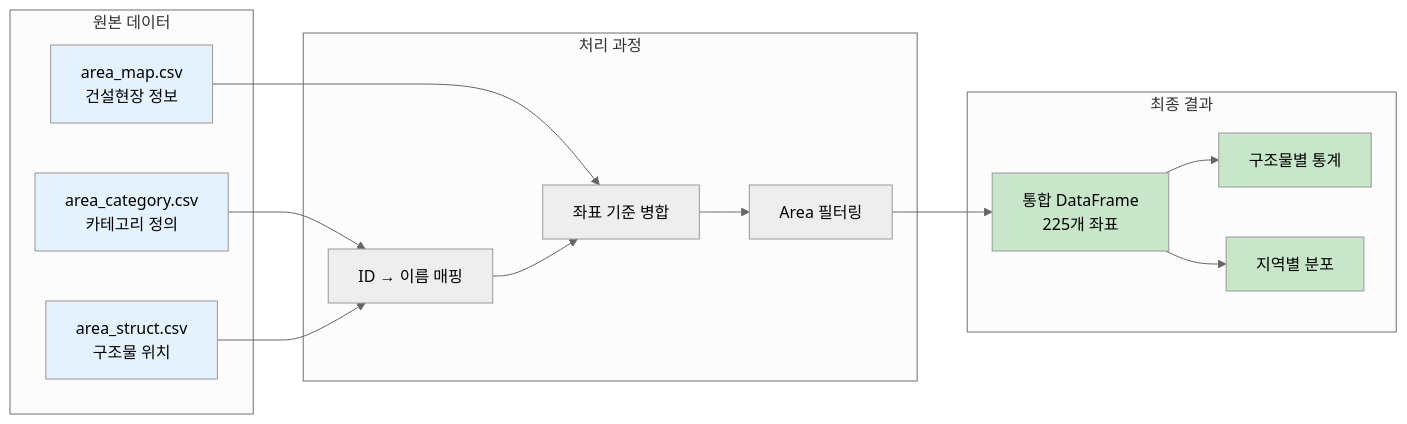
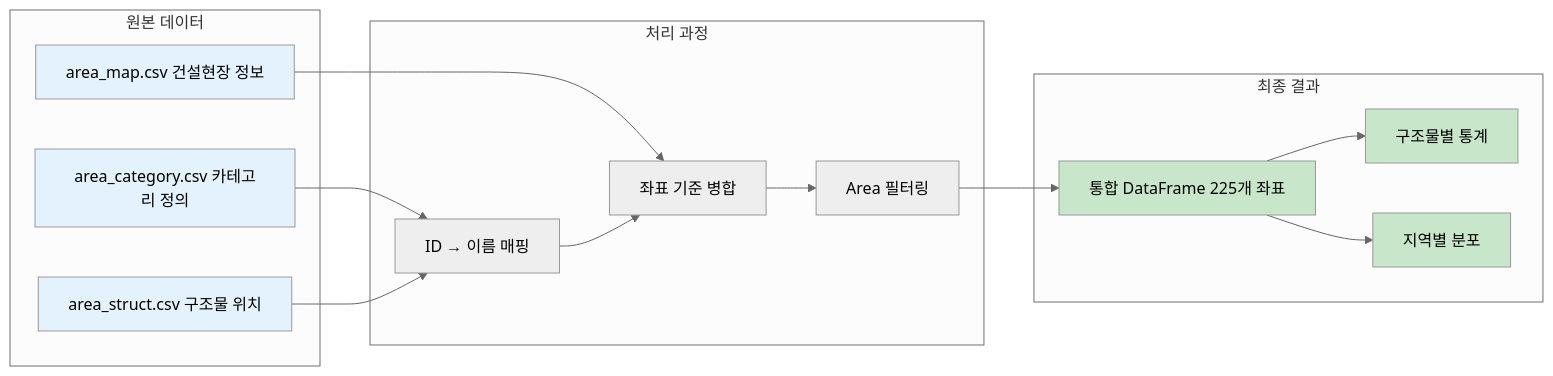
The second of 3 diagrams in 1단계_데이터분석및처리.md (SteelCrab/ia-codyssey), drawn with Mermaid (neutral theme) before and after one commit. The commit also changed 3 other files, not shown here.

First line of the commit message:
fix: Mermaid 다이어그램 구문 오류 수정

````diff
--- a/1단계_데이터분석및처리.md
+++ b/1단계_데이터분석및처리.md
@@ -91,36 +91,36 @@
 ```mermaid
 graph LR
     subgraph "원본 데이터"
-        A1[area_category.csv<br/>카테고리 정의]
-        A2[area_map.csv<br/>건설현장 정보]
-        A3[area_struct.csv<br/>구조물 위치]
+        A1[area_category.csv 카테고리 정의]
+        A2[area_map.csv 건설현장 정보]
+        A3[area_struct.csv 구조물 위치]
     end
     
     subgraph "처리 과정"
         B1[ID → 이름 매핑]
         B2[좌표 기준 병합]
         B3[Area 필터링]
     end
     
     subgraph "최종 결과"
-        C1[통합 DataFrame<br/>225개 좌표]
+        C1[통합 DataFrame 225개 좌표]
         C2[구조물별 통계]
         C3[지역별 분포]
     end
     
     A1 --> B1
     A2 --> B2
     A3 --> B1
     B1 --> B2
     B2 --> B3
     B3 --> C1
     C1 --> C2
     C1 --> C3
     
     style A1 fill:#e3f2fd
     style A2 fill:#e3f2fd
     style A3 fill:#e3f2fd
     style C1 fill:#c8e6c9
     style C2 fill:#c8e6c9
     style C3 fill:#c8e6c9
 ```
````
